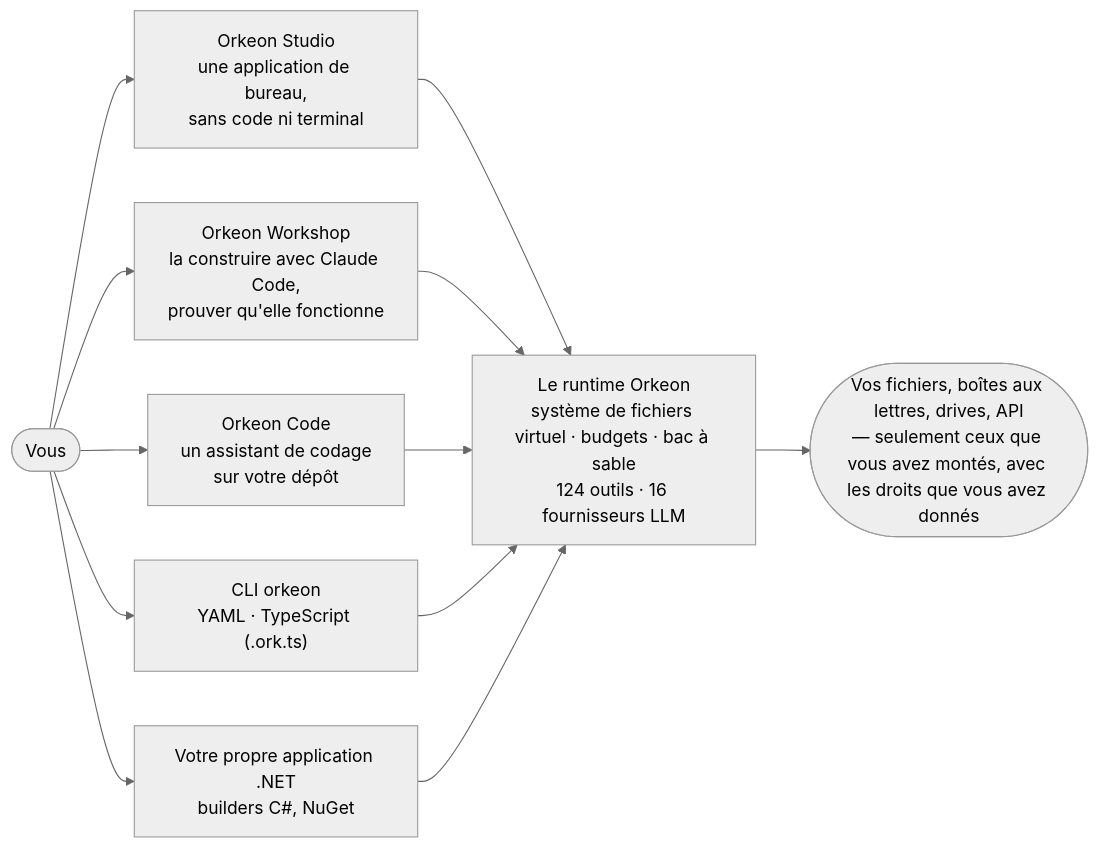
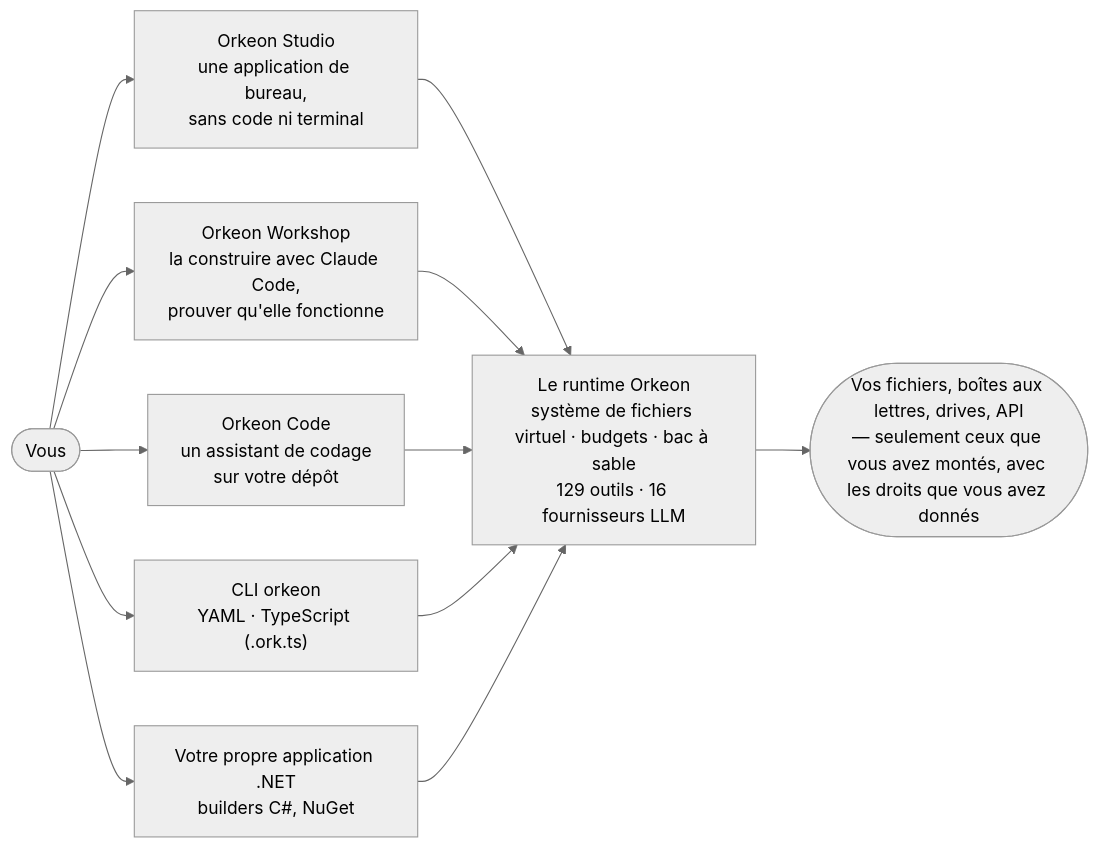
The diagram in README.fr.md (Orkeon/orkeon), drawn with Mermaid (neutral theme) before and after one commit. The commit also changed other lines of this file and 199 other files, not shown here.

````diff
--- a/README.fr.md
+++ b/README.fr.md
@@ -43,10 +43,10 @@
 ```mermaid
 flowchart LR
     you(["Vous"]) --> workshop["Orkeon Workshop<br/>la construire avec Claude Code,<br/>prouver qu'elle fonctionne"]
     you --> studio["Orkeon Studio<br/>une application de bureau,<br/>sans code ni terminal"]
     you --> code["Orkeon Code<br/>un assistant de codage<br/>sur votre dépôt"]
     you --> cli["CLI orkeon<br/>YAML · TypeScript (.ork.ts)"]
     you --> app["Votre propre application .NET<br/>builders C#, NuGet"]
-    studio & workshop & code & cli & app --> runtime["Le runtime Orkeon<br/>système de fichiers virtuel · budgets · bac à sable<br/>124 outils · 16 fournisseurs LLM"]
+    studio & workshop & code & cli & app --> runtime["Le runtime Orkeon<br/>système de fichiers virtuel · budgets · bac à sable<br/>129 outils · 16 fournisseurs LLM"]
     runtime --> world(["Vos fichiers, boîtes aux lettres, drives, API<br/>— seulement ceux que vous avez montés, avec les droits que vous avez donnés"])
 ```
````
